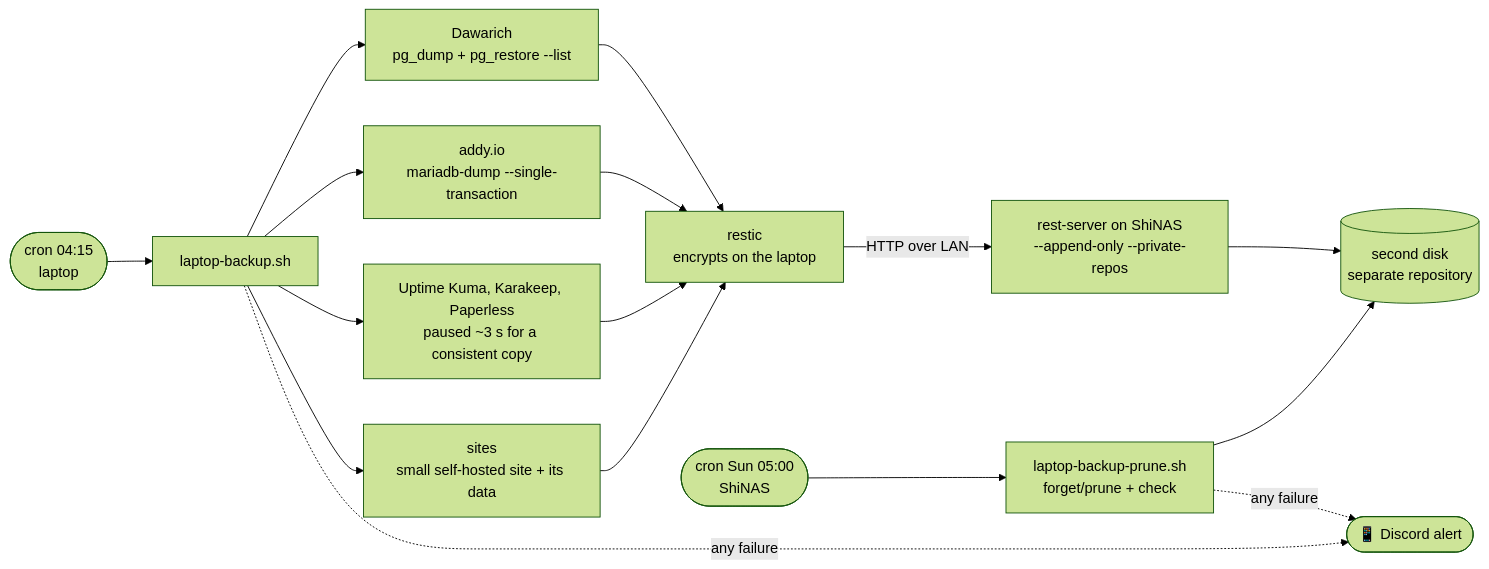
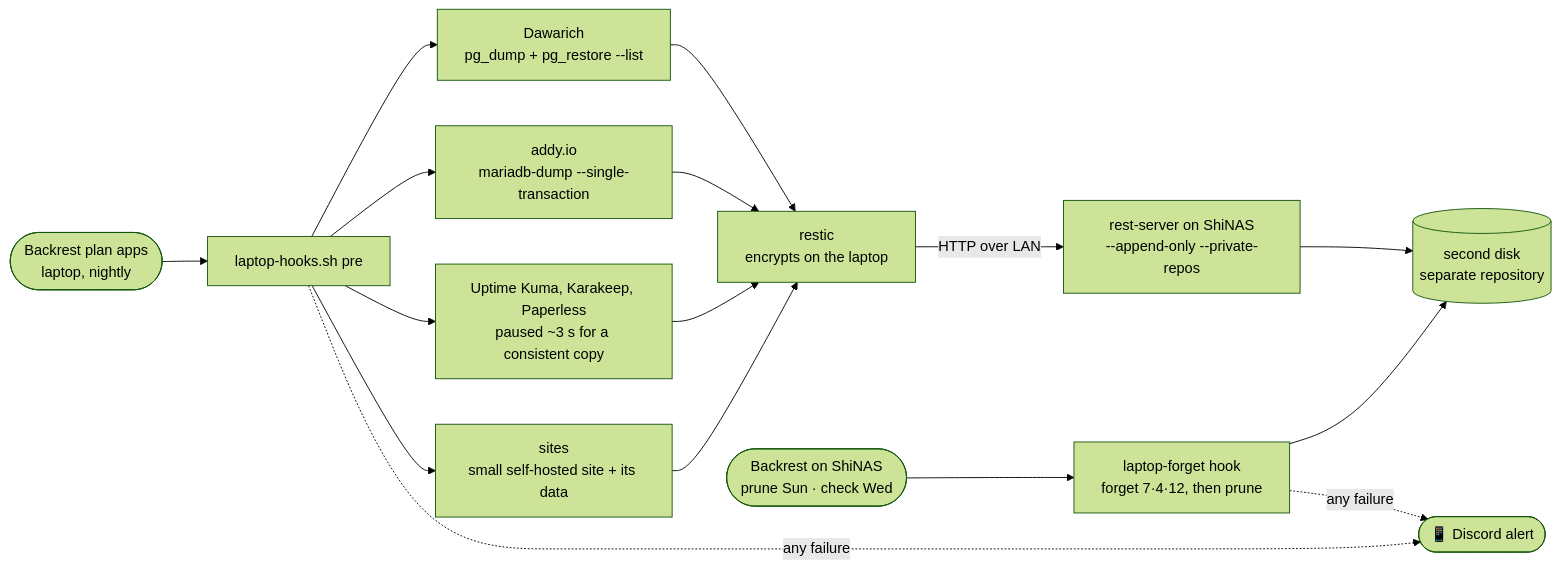
The second of 3 diagrams in docs/infrastructure/backups.md (Shineori/homelab), drawn with Mermaid (forest theme) before and after one commit. The commit also changed other lines of this file and 6 other files, not shown here.

````diff
--- a/docs/infrastructure/backups.md
+++ b/docs/infrastructure/backups.md
@@ -173,18 +187,18 @@
 ```mermaid
 flowchart LR
-    cron([cron 04:15<br/>laptop]) --> s[laptop-backup.sh]
+    cron([Backrest plan apps<br/>laptop, nightly]) --> s[laptop-hooks.sh pre]
     s --> d[Dawarich<br/>pg_dump + pg_restore --list]
     s --> a[addy.io<br/>mariadb-dump --single-transaction]
     s --> p[Uptime Kuma, Karakeep, Paperless<br/>paused ~3 s for a consistent copy]
     s --> w[sites<br/>small self-hosted site + its data]
     d --> r[restic<br/>encrypts on the laptop]
     a --> r
     p --> r
     w --> r
     r -- HTTP over LAN --> rs[rest-server on ShiNAS<br/>--append-only --private-repos]
     rs --> repo[(second disk<br/>separate repository)]
-    nas([cron Sun 05:00<br/>ShiNAS]) --> pr[laptop-backup-prune.sh<br/>forget/prune + check]
+    nas([Backrest on ShiNAS<br/>prune Sun · check Wed]) --> pr[laptop-forget hook<br/>forget 7·4·12, then prune]
     pr --> repo
     s -. any failure .-> dc([📱 Discord alert])
     pr -. any failure .-> dc
 ```
````
